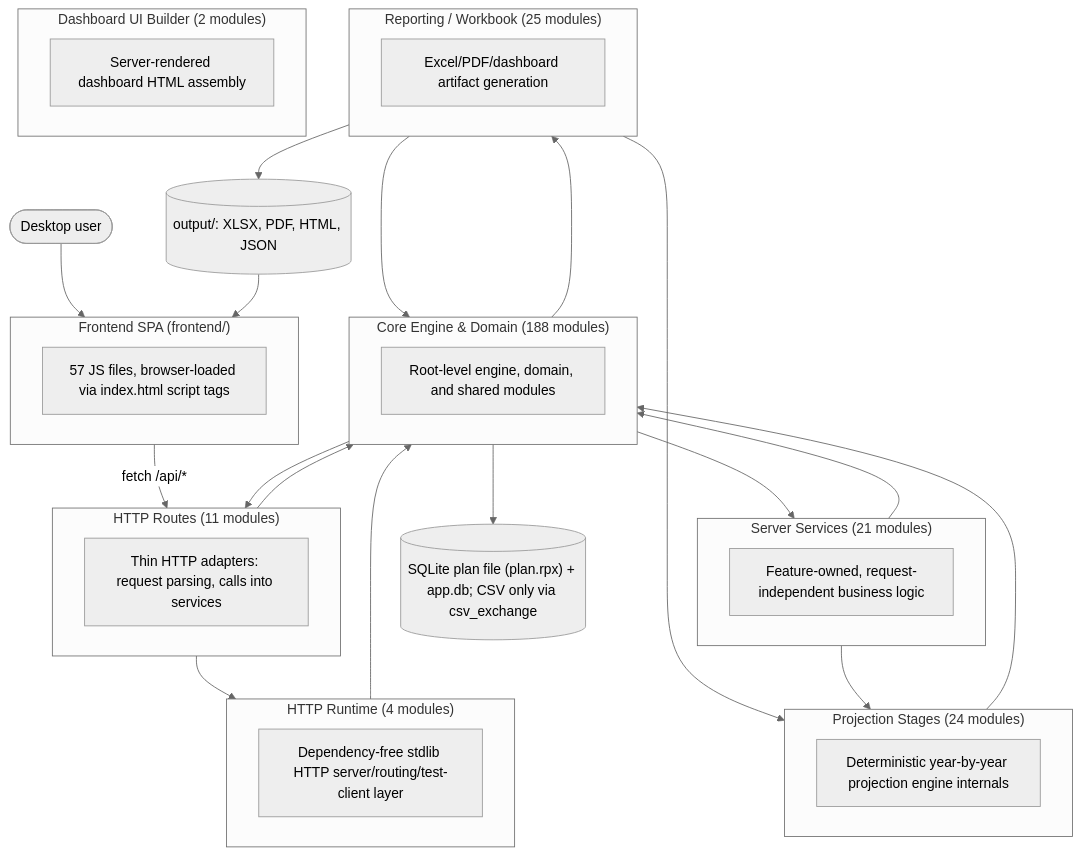
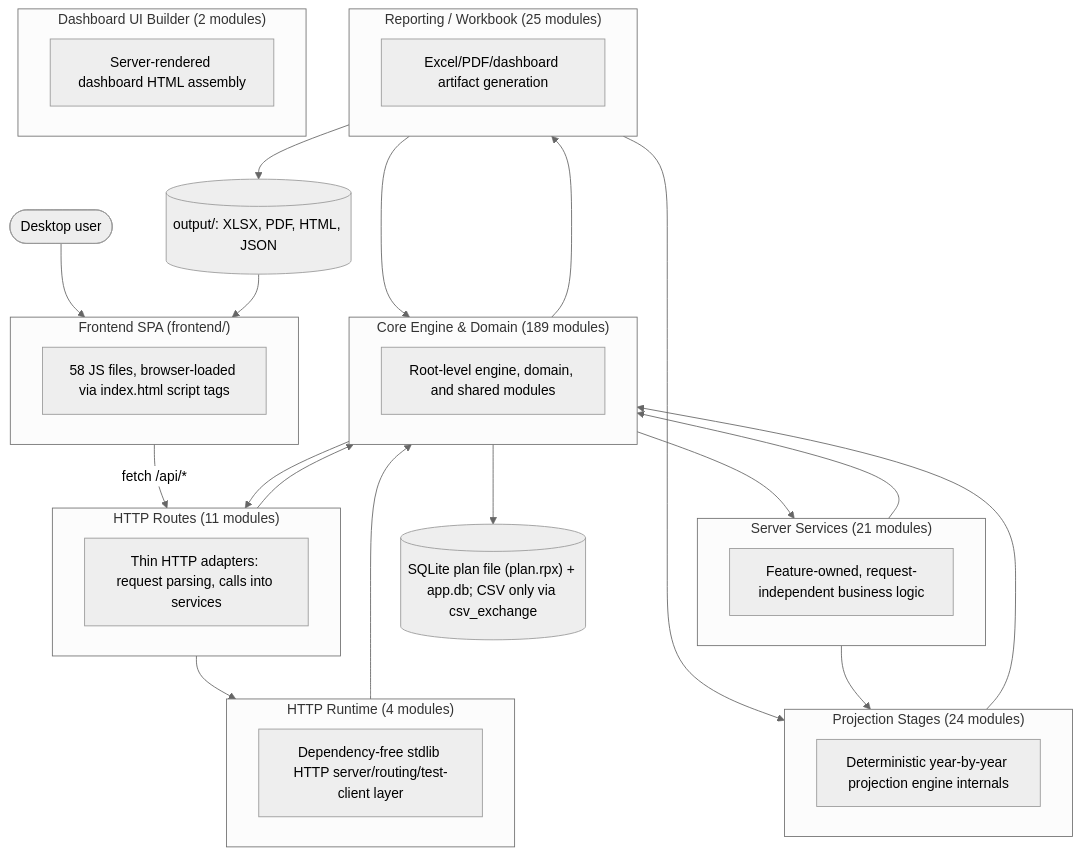
Before and after one commit to matthartzman/retirement_system: the first of 2 diagrams in documentation/reference/SYSTEM_ARCHITECTURE_DIAGRAM.md, drawn with Mermaid (neutral theme). The commit also changed other lines of this file and 13 other files, not shown here.

````diff
--- a/documentation/reference/SYSTEM_ARCHITECTURE_DIAGRAM.md
+++ b/documentation/reference/SYSTEM_ARCHITECTURE_DIAGRAM.md
@@ -11,43 +11,43 @@
 ```mermaid
 flowchart TB
     User(["Desktop user"]) --> FE
     subgraph FE["Frontend SPA (frontend/)"]
-        FEcount["57 JS files, browser-loaded via index.html script tags"]
+        FEcount["58 JS files, browser-loaded via index.html script tags"]
     end
     FE -->|fetch /api/*| L_HTTP_Routes
     subgraph L_HTTP_Routes["HTTP Routes (11 modules)"]
         L_HTTP_Routes_d["Thin HTTP adapters: request parsing, calls into services"]
     end
     subgraph L_Server_Services["Server Services (21 modules)"]
         L_Server_Services_d["Feature-owned, request-independent business logic"]
     end
     subgraph L_HTTP_Runtime["HTTP Runtime (4 modules)"]
         L_HTTP_Runtime_d["Dependency-free stdlib HTTP server/routing/test-client layer"]
     end
-    subgraph L_Core_Engine___Domain["Core Engine & Domain (188 modules)"]
+    subgraph L_Core_Engine___Domain["Core Engine & Domain (189 modules)"]
         L_Core_Engine___Domain_d["Root-level engine, domain, and shared modules"]
     end
     subgraph L_Projection_Stages["Projection Stages (24 modules)"]
         L_Projection_Stages_d["Deterministic year-by-year projection engine internals"]
     end
     subgraph L_Reporting___Workbook["Reporting / Workbook (25 modules)"]
         L_Reporting___Workbook_d["Excel/PDF/dashboard artifact generation"]
     end
     subgraph L_Dashboard_UI_Builder["Dashboard UI Builder (2 modules)"]
         L_Dashboard_UI_Builder_d["Server-rendered dashboard HTML assembly"]
     end
     L_Core_Engine___Domain --> L_HTTP_Routes
     L_Core_Engine___Domain --> L_Reporting___Workbook
     L_Core_Engine___Domain --> L_Server_Services
     L_HTTP_Routes --> L_Core_Engine___Domain
     L_HTTP_Routes --> L_HTTP_Runtime
     L_HTTP_Runtime --> L_Core_Engine___Domain
     L_Projection_Stages --> L_Core_Engine___Domain
     L_Reporting___Workbook --> L_Core_Engine___Domain
     L_Reporting___Workbook --> L_Projection_Stages
     L_Server_Services --> L_Core_Engine___Domain
     L_Server_Services --> L_Projection_Stages
     L_Core_Engine___Domain --> DB[("SQLite plan file (plan.rpx) + app.db; CSV only via csv_exchange")]
     L_Reporting___Workbook --> Outputs[("output/: XLSX, PDF, HTML, JSON")]
     Outputs --> FE
 ```
````
